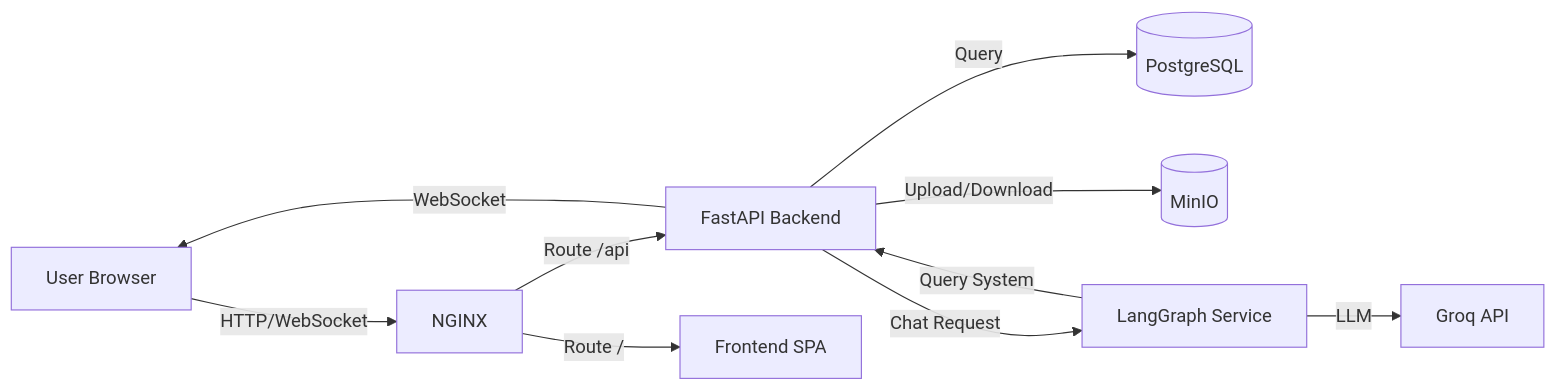
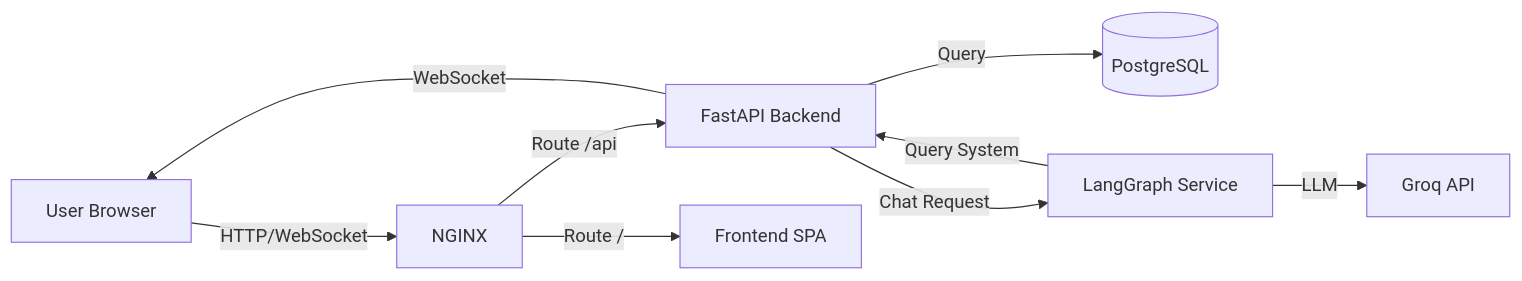
Before and after one commit to tiennguyen0000/Remedi: the diagram in README.md, drawn with Mermaid. The commit also changed other lines of this file, not shown here.

````diff
--- a/README.md
+++ b/README.md
@@ -120,12 +80,11 @@
 ```mermaid
 graph LR
     A[User Browser] -->|HTTP/WebSocket| B[NGINX]
     B -->|Route /api| C[FastAPI Backend]
     B -->|Route /| D[Frontend SPA]
     C -->|Query| E[(PostgreSQL)]
-    C -->|Upload/Download| F[(MinIO)]
     C -->|Chat Request| G[LangGraph Service]
     G -->|LLM| H[Groq API]
     G -->|Query System| C
     C -->|WebSocket| A
 ```
````
